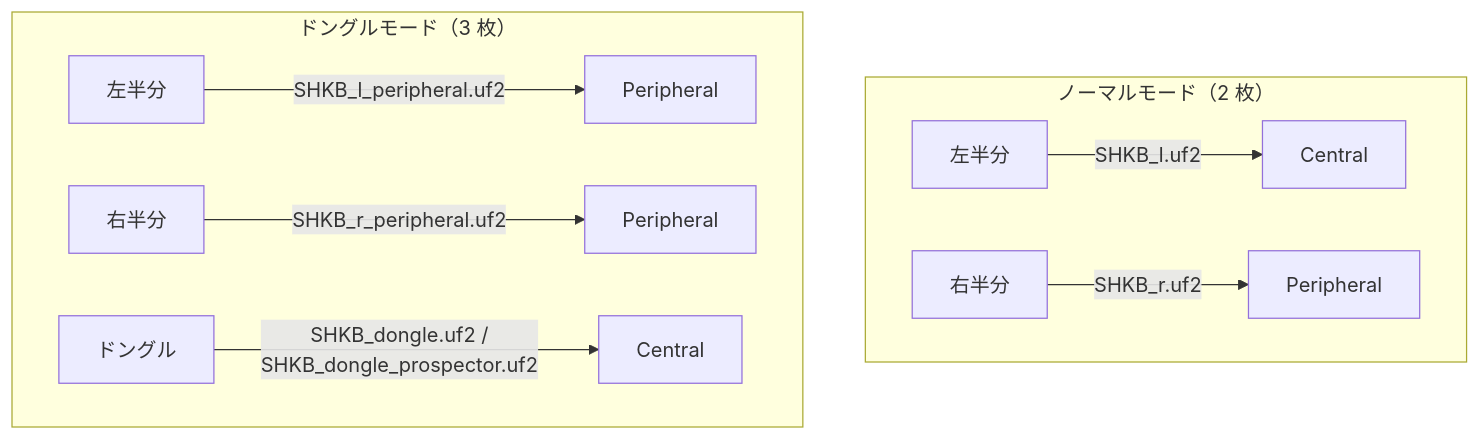
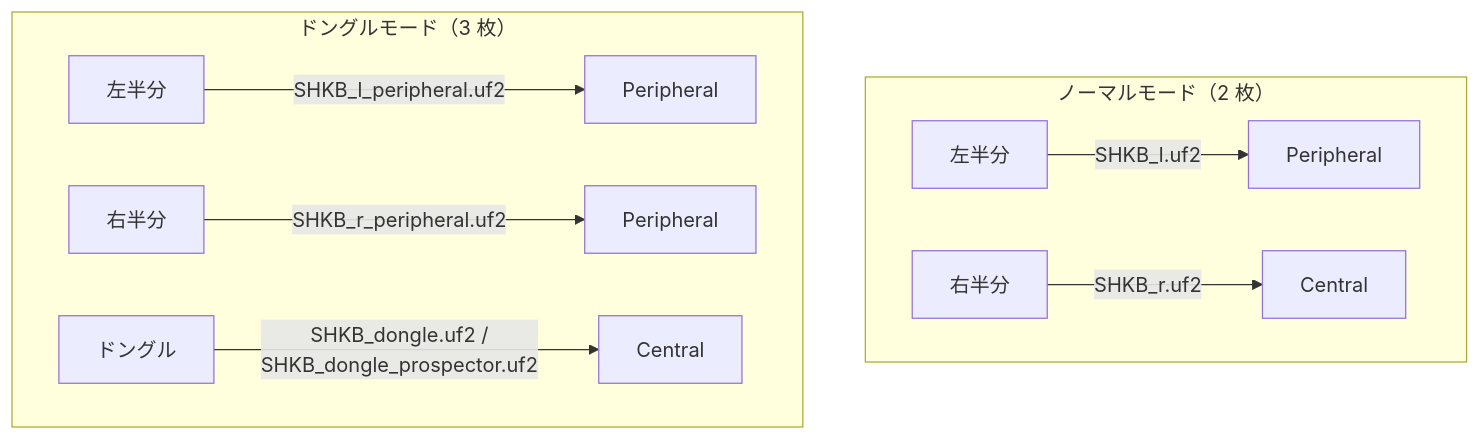
Before and after one commit to chb-usk/zmk-config-SHKB: the third of 3 diagrams in README.md, drawn with Mermaid. The commit also changed other lines of this file and 6 other files, not shown here.

````diff
--- a/README.md
+++ b/README.md
@@ -252,12 +252,12 @@
 ```mermaid
 flowchart TD
     subgraph Normal["ノーマルモード（2 枚）"]
-        L1["左半分"] -->|"SHKB_l.uf2"| L1f["Central"]
-        R1["右半分"] -->|"SHKB_r.uf2"| R1f["Peripheral"]
+        L1["左半分"] -->|"SHKB_l.uf2"| L1f["Peripheral"]
+        R1["右半分"] -->|"SHKB_r.uf2"| R1f["Central"]
     end
     subgraph Dongle["ドングルモード（3 枚）"]
         L2["左半分"] -->|"SHKB_l_peripheral.uf2"| L2f["Peripheral"]
         R2["右半分"] -->|"SHKB_r_peripheral.uf2"| R2f["Peripheral"]
         D2["ドングル"] -->|"SHKB_dongle.uf2 /<br/>SHKB_dongle_prospector.uf2"| D2f["Central"]
     end
 ```
````
